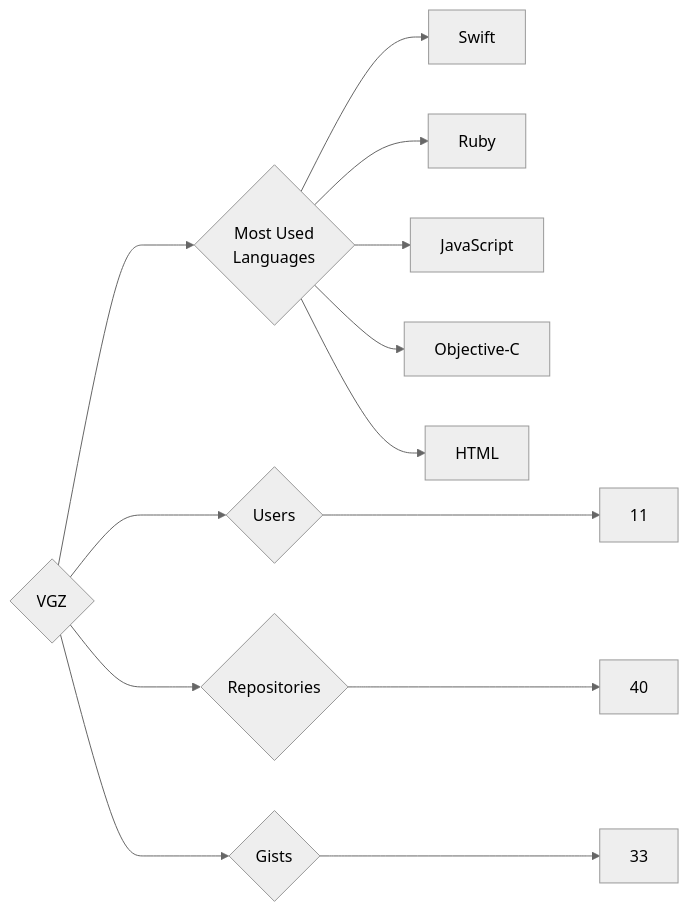
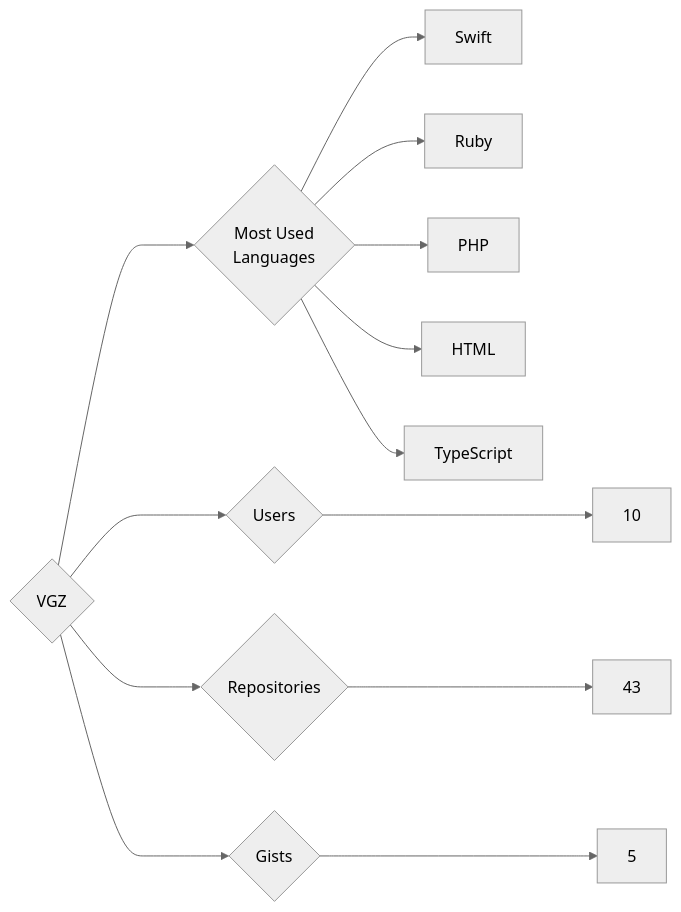
One commit to trickest/insiders changed the diagram in targets/VGZ/README.md. Above: the diagram before and after it, drawn with Mermaid (neutral theme). The commit also changed 898 other files, not shown here.

````diff
--- a/targets/VGZ/README.md
+++ b/targets/VGZ/README.md
@@ -3,13 +3,13 @@
 ```mermaid
 graph LR
 COMPANY_NAME{VGZ}
-COMPANY_NAME ---> U{Users} ---> UN[11]
-COMPANY_NAME ---> R{Repositories} ---> RN[40]
-COMPANY_NAME ---> G{Gists} ---> GN[33]
+COMPANY_NAME ---> U{Users} ---> UN[10]
+COMPANY_NAME ---> R{Repositories} ---> RN[43]
+COMPANY_NAME ---> G{Gists} ---> GN[5]
 COMPANY_NAME ---> ML{Most Used<br>Languages}
 ML --> Swift[Swift]
 ML --> Ruby[Ruby]
-ML --> JavaScript[JavaScript]
-ML --> Objective-C[Objective-C]
+ML --> PHP[PHP]
 ML --> HTML[HTML]
+ML --> TypeScript[TypeScript]
 ```
````
